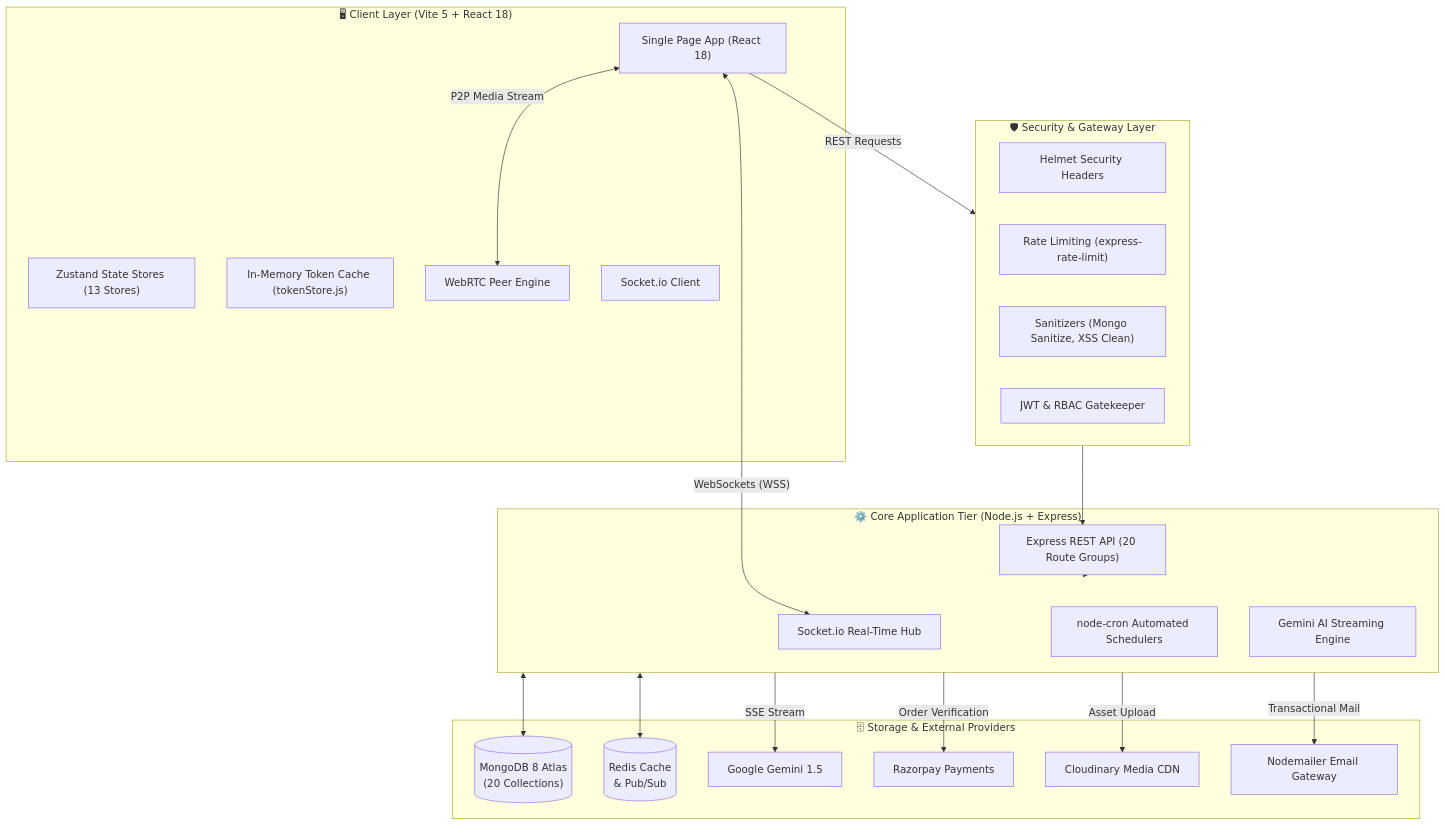
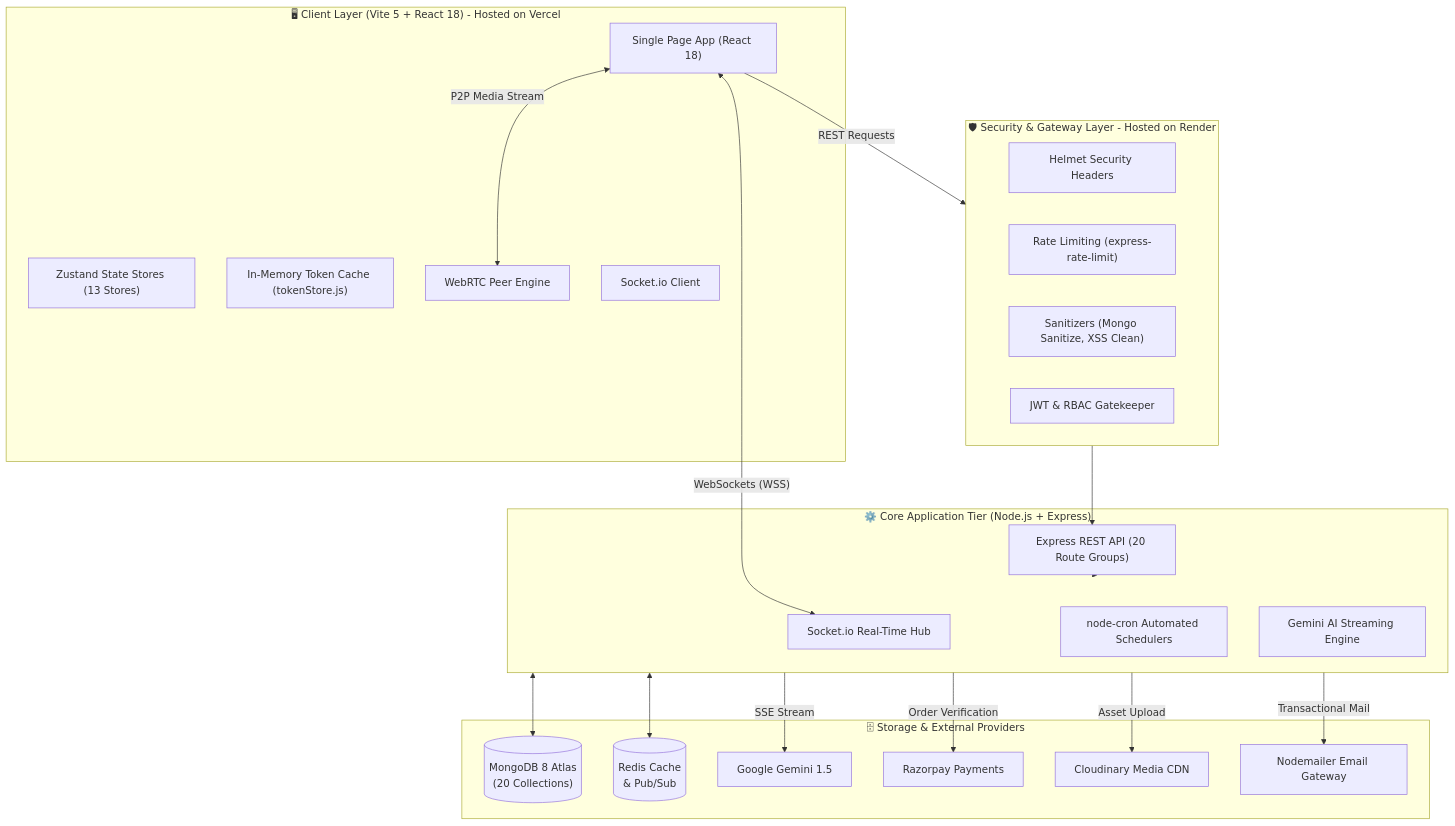
Before and after one commit to Aaryan-9784/Skillora: the first of 3 diagrams in README.md, drawn with Mermaid. The commit also changed other lines of this file, not shown here.

````diff
--- a/README.md
+++ b/README.md
@@ -131,47 +153,47 @@
 ```mermaid
 graph TB
-    subgraph ClientLayer["🖥 Client Layer (Vite 5 + React 18)"]
+    subgraph ClientLayer["🖥 Client Layer (Vite 5 + React 18) - Hosted on Vercel"]
         SPA["Single Page App (React 18)"]
         ZStore["Zustand State Stores (13 Stores)"]
         TokenCache["In-Memory Token Cache (tokenStore.js)"]
         WebRTCClient["WebRTC Peer Engine"]
         SocketClient["Socket.io Client"]
     end
 
-    subgraph GatewayLayer["🛡 Security & Gateway Layer"]
+    subgraph GatewayLayer["🛡 Security & Gateway Layer - Hosted on Render"]
         Helmet["Helmet Security Headers"]
         RateLimit["Rate Limiting (express-rate-limit)"]
         Sanitize["Sanitizers (Mongo Sanitize, XSS Clean)"]
         AuthMiddleware["JWT & RBAC Gatekeeper"]
     end
 
     subgraph ServiceLayer["⚙️ Core Application Tier (Node.js + Express)"]
         Router["Express REST API (20 Route Groups)"]
         SocketServer["Socket.io Real-Time Hub"]
         CronEngine["node-cron Automated Schedulers"]
         AIService["Gemini AI Streaming Engine"]
     end
 
     subgraph DataLayer["🗄 Storage & External Providers"]
         MongoDB[("MongoDB 8 Atlas\n(20 Collections)")]
         RedisCache[("Redis Cache\n& Pub/Sub")]
         GeminiAPI["Google Gemini 1.5"]
         RazorpayGateway["Razorpay Payments"]
         CloudinaryCDN["Cloudinary Media CDN"]
         NodemailerSMTP["Nodemailer Email Gateway"]
     end
 
     SPA -->|"REST Requests"| GatewayLayer
     SPA <-->|"WebSockets (WSS)"| SocketServer
     SPA <-->|"P2P Media Stream"| WebRTCClient
     
     GatewayLayer --> Router
     Router --> ServiceLayer
     
     ServiceLayer <--> MongoDB
     ServiceLayer <--> RedisCache
     ServiceLayer -->|"SSE Stream"| GeminiAPI
     ServiceLayer -->|"Order Verification"| RazorpayGateway
     ServiceLayer -->|"Asset Upload"| CloudinaryCDN
     ServiceLayer -->|"Transactional Mail"| NodemailerSMTP
 ```
````
